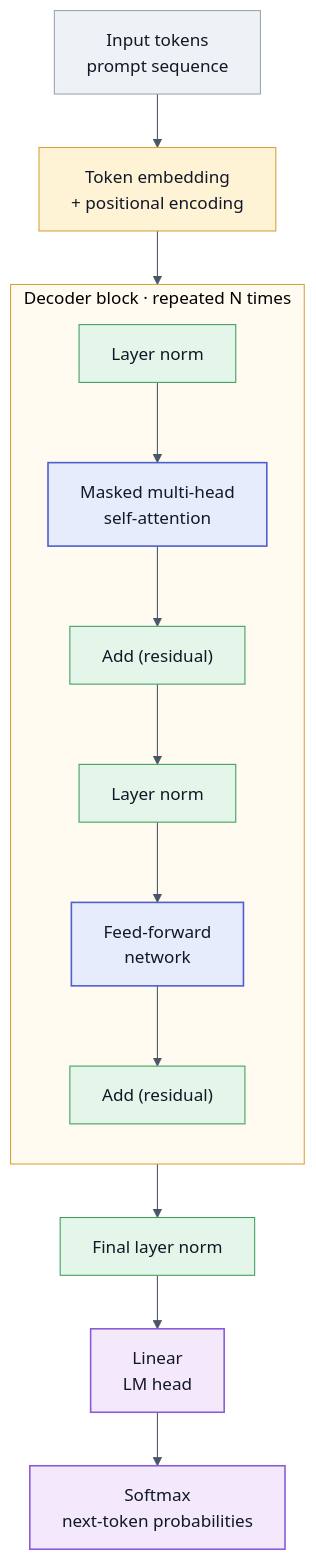
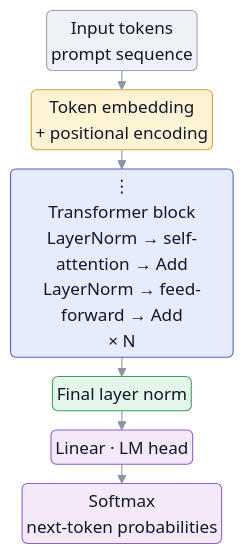
Before and after one commit to lpossner/gradient-horizon: the third of 3 diagrams in _posts/2026-11-15-architechture-of-femtochat.md, drawn with Mermaid. The commit also changed other lines of this file, not shown here.

First line of the commit message:
Redraw the Transformer diagrams as compact layer stacks

````diff
--- a/_posts/2026-11-15-architechture-of-femtochat.md
+++ b/_posts/2026-11-15-architechture-of-femtochat.md
@@ -55,30 +75,18 @@
 ```mermaid
-%%{init: {'theme':'base','themeVariables':{'background':'#ffffff','primaryColor':'#e7ecfd','primaryTextColor':'#111827','primaryBorderColor':'#4f5fd0','lineColor':'#4a5568','edgeLabelBackground':'#f4f5f7','clusterBkg':'#fffbf0','clusterBorder':'#d9a13b'}}}%%
+%%{init: {'theme':'base','themeVariables':{'lineColor':'#8b93a7','clusterBkg':'transparent','clusterBorder':'#8b93a7','edgeLabelBackground':'transparent','titleColor':'#6b7280','textColor':'#6b7280'},'flowchart':{'nodeSpacing':10,'rankSpacing':18,'padding':4,'subGraphTitleMargin':{'top':14,'bottom':6},'curve':'basis','useMaxWidth':true}}}%%
 flowchart TB
     classDef io      fill:#eef1f5,stroke:#9aa5b1,color:#111827
     classDef embed   fill:#fff3d6,stroke:#d9a13b,color:#111827
-    classDef compute fill:#e7ecfd,stroke:#4f5fd0,stroke-width:1.5px,color:#111827
+    classDef stack   fill:#e7ecfd,stroke:#4f5fd0,color:#111827
     classDef norm    fill:#e4f6ea,stroke:#3f9e5e,color:#111827
-    classDef head    fill:#f4e8fb,stroke:#8b5cd6,stroke-width:1.5px,color:#111827
+    classDef head    fill:#f4e8fb,stroke:#8b5cd6,color:#111827
 
-    ti["Input tokens<br/>prompt sequence"]:::io
-    te["Token embedding<br/>+ positional encoding"]:::embed
+    ti("Input tokens<br/>prompt sequence"):::io
+    te("Token embedding<br/>+ positional encoding"):::embed
+    tb("⋮<br/>Transformer block<br/>LayerNorm → self-attention → Add<br/>LayerNorm → feed-forward → Add<br/>× N"):::stack
+    ln("Final layer norm"):::norm
+    lm("Linear · LM head"):::head
+    out("Softmax<br/>next-token probabilities"):::head
 
-    subgraph BLK["Decoder block · repeated N times"]
-        direction TB
-        ln1["Layer norm"]:::norm
-        att["Masked multi-head<br/>self-attention"]:::compute
-        add1["Add (residual)"]:::norm
-        ln2["Layer norm"]:::norm
-        ff["Feed-forward<br/>network"]:::compute
-        add2["Add (residual)"]:::norm
-        ln1 --> att --> add1 --> ln2 --> ff --> add2
-    end
-
-    lnf["Final layer norm"]:::norm
-    lin["Linear<br/>LM head"]:::head
-    out["Softmax<br/>next-token probabilities"]:::head
-
-    ti --> te --> ln1
-    add2 --> lnf --> lin --> out
+    ti --> te --> tb --> ln --> lm --> out
 ```
````
